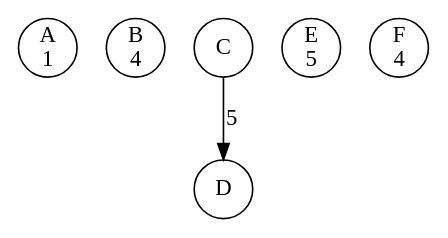
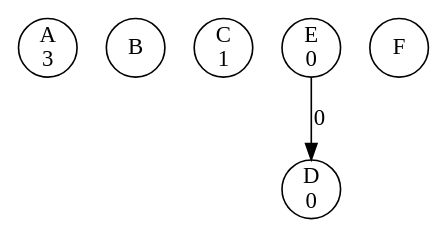
Before and after one commit to li23179/GO: the diagram in concurrency-lab-2/bank/out/0000000021.gv, drawn with Graphviz. The commit also changed 110 other files, not shown here.

```diff
--- a/concurrency-lab-2/bank/out/0000000021.gv
+++ b/concurrency-lab-2/bank/out/0000000021.gv
@@ -1,9 +1,9 @@
 digraph bank {
-	 0 [label= "A\n1" , pos= "1,0!" , shape=circle, fixedsize=true, width=0.5 ]
-	 1 [label= "B\n4" , pos= "0,1!" , shape=circle, fixedsize=true, width=0.5 ]
-	 2 [label= "C\n" , pos= "1,2!" , shape=circle, fixedsize=true, width=0.5 ]
-	 3 [label= "D\n" , pos= "2,2!" , shape=circle, fixedsize=true, width=0.5 ]
-	 4 [label= "E\n5" , pos= "3,1!" , shape=circle, fixedsize=true, width=0.5 ]
-	 5 [label= "F\n4" , pos= "2,0!" , shape=circle, fixedsize=true, width=0.5 ]
-	 "2" -> "3" [label= "5" ]
+	 0 [label= "A\n3" , pos= "1,0!" , shape=circle, fixedsize=true, width=0.5 ]
+	 1 [label= "B\n" , pos= "0,1!" , shape=circle, fixedsize=true, width=0.5 ]
+	 2 [label= "C\n1" , pos= "1,2!" , shape=circle, fixedsize=true, width=0.5 ]
+	 3 [label= "D\n0" , pos= "2,2!" , shape=circle, fixedsize=true, width=0.5 ]
+	 4 [label= "E\n0" , pos= "3,1!" , shape=circle, fixedsize=true, width=0.5 ]
+	 5 [label= "F\n" , pos= "2,0!" , shape=circle, fixedsize=true, width=0.5 ]
+	 "4" -> "3" [label= "0" ]
 }
```
